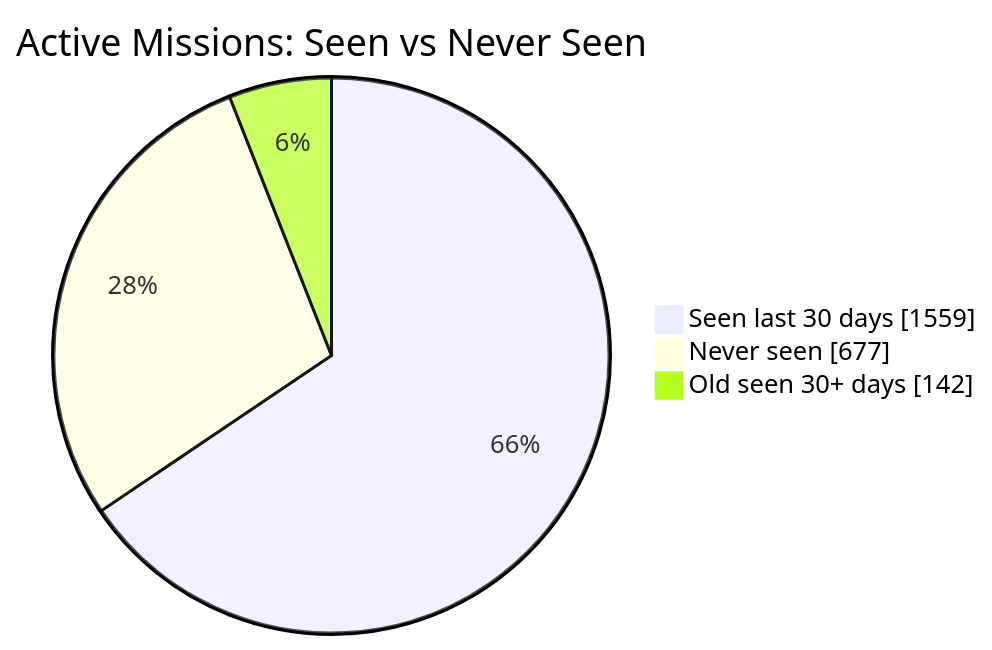
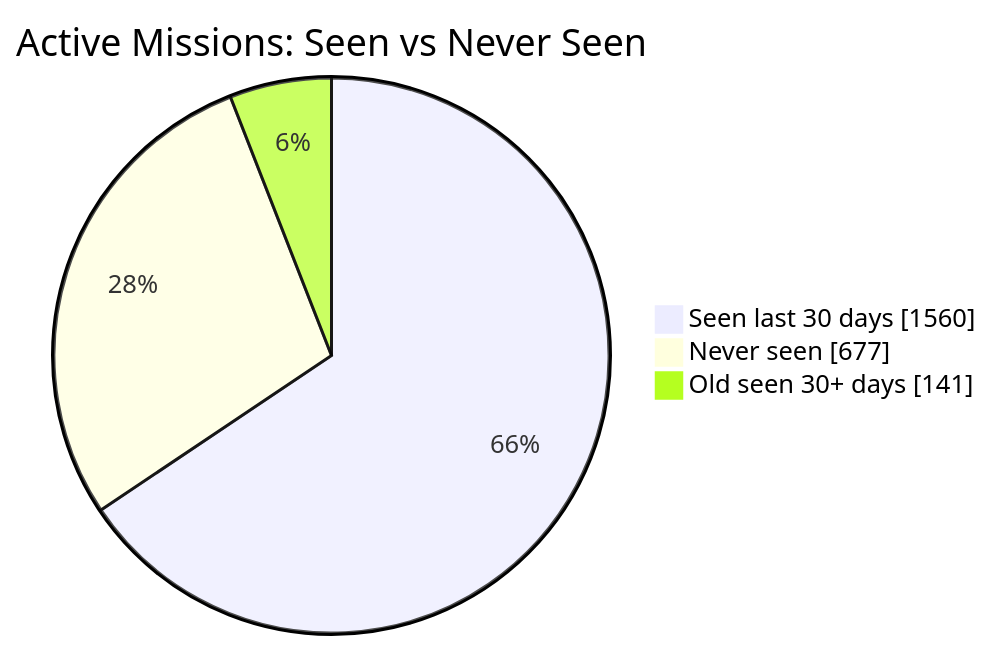
Before and after one commit to MeldkamerspelGameTeam/active-missions: the first of 2 diagrams in README.md, drawn with Mermaid. The commit also changed other lines of this file and 2 other files, not shown here.

````diff
--- a/README.md
+++ b/README.md
@@ -34,7 +34,7 @@
 ```mermaid
 pie showData
     title Active Missions: Seen vs Never Seen
-    "Seen last 30 days" : 1559
+    "Seen last 30 days" : 1560
     "Never seen" : 677
-    "Old seen 30+ days" : 142
+    "Old seen 30+ days" : 141
 ```
````
